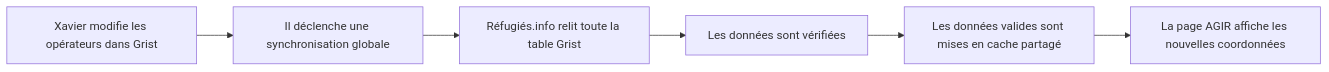
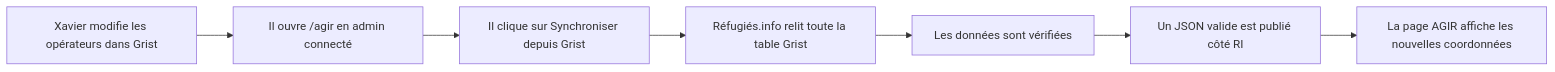
Before and after one commit to refugies-info/karfur: the first of 2 diagrams in documentation/client/agir-grist-sync/process.md, drawn with Mermaid. The commit also changed other lines of this file and 1 other file, not shown here.

Commit message:
chore(documentation): mise à jour de la documentation sur la synchronisation des opérateurs AGIR depuis Grist

````diff
--- a/documentation/client/agir-grist-sync/process.md
+++ b/documentation/client/agir-grist-sync/process.md
@@ -11,8 +11,9 @@
 ```mermaid
 flowchart LR
-  A[Xavier modifie les opérateurs dans Grist] --> B[Il déclenche une synchronisation globale]
-  B --> C[Réfugiés.info relit toute la table Grist]
-  C --> D[Les données sont vérifiées]
-  D --> E[Les données valides sont mises en cache partagé]
-  E --> F[La page AGIR affiche les nouvelles coordonnées]
+  A[Xavier modifie les opérateurs dans Grist] --> B[Il ouvre /agir en admin connecté]
+  B --> C[Il clique sur Synchroniser depuis Grist]
+  C --> D[Réfugiés.info relit toute la table Grist]
+  D --> E[Les données sont vérifiées]
+  E --> F[Un JSON valide est publié côté RI]
+  F --> G[La page AGIR affiche les nouvelles coordonnées]
 ```
````
